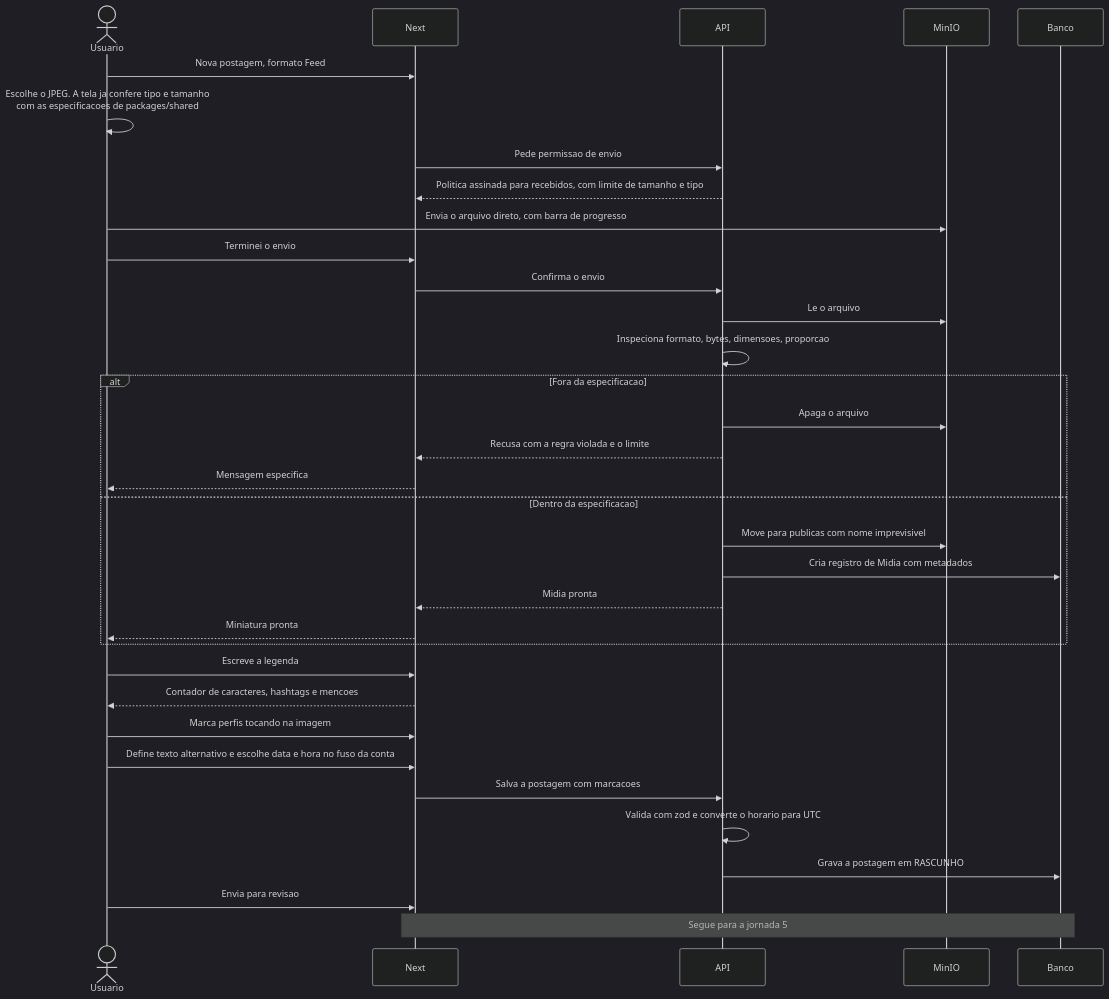
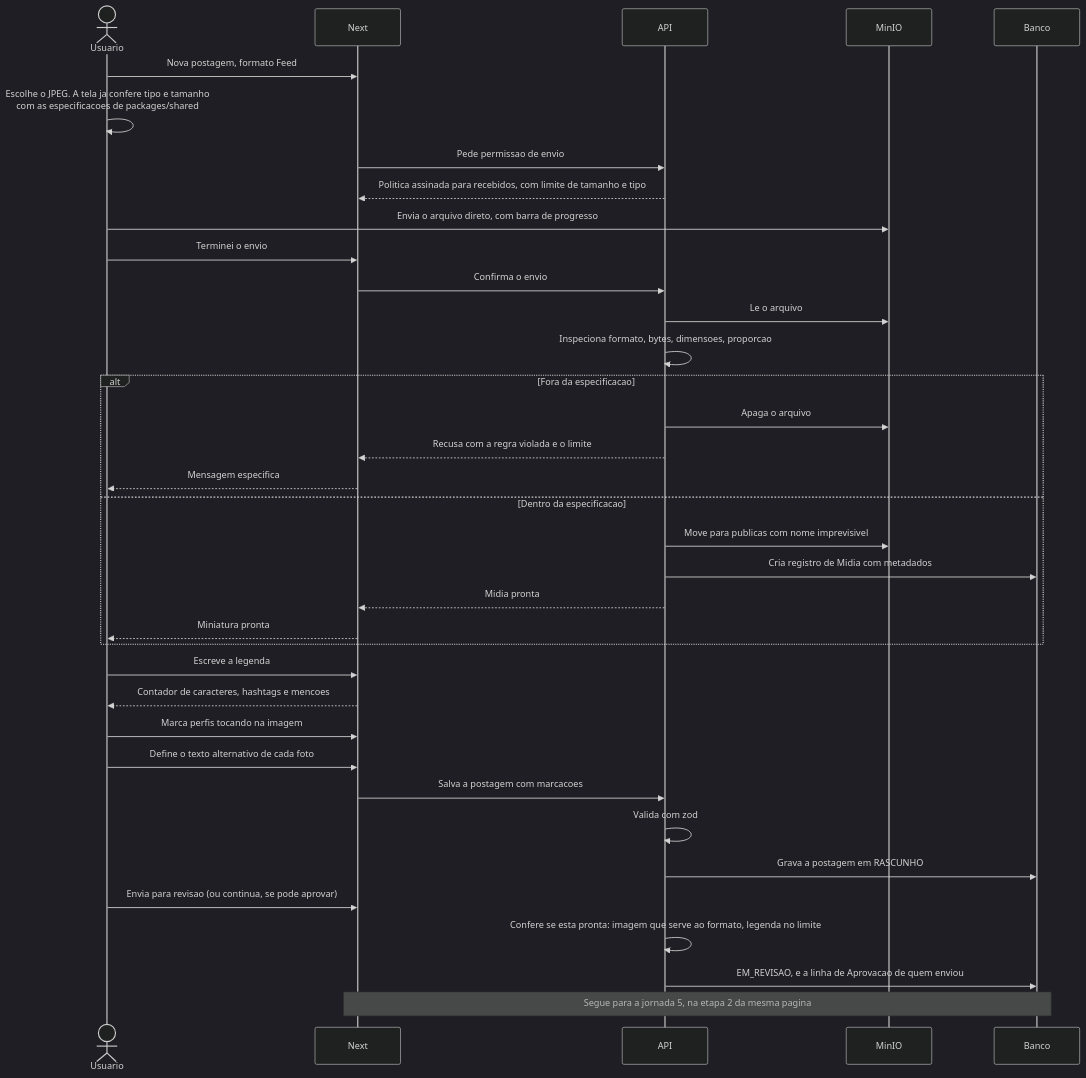
The third of 16 diagrams in docs/04-jornada-usuario.md (Nicolas-CustomCode/postit), drawn with Mermaid (dark theme) before and after one commit. The commit also changed other lines of this file and 15 other files, not shown here.

````diff
--- a/docs/04-jornada-usuario.md
+++ b/docs/04-jornada-usuario.md
@@ -116,37 +119,39 @@
 ```mermaid
 sequenceDiagram
     actor U as Usuario
     participant W as Next
     participant A as API
     participant S as MinIO
     participant DB as Banco
 
     U->>W: Nova postagem, formato Feed
     U->>U: Escolhe o JPEG. A tela ja confere tipo e tamanho<br/>com as especificacoes de packages/shared
     W->>A: Pede permissao de envio
     A-->>W: Politica assinada para recebidos, com limite de tamanho e tipo
     U->>S: Envia o arquivo direto, com barra de progresso
     U->>W: Terminei o envio
     W->>A: Confirma o envio
     A->>S: Le o arquivo
     A->>A: Inspeciona formato, bytes, dimensoes, proporcao
     alt Fora da especificacao
         A->>S: Apaga o arquivo
         A-->>W: Recusa com a regra violada e o limite
         W-->>U: Mensagem especifica
     else Dentro da especificacao
         A->>S: Move para publicas com nome imprevisivel
         A->>DB: Cria registro de Midia com metadados
         A-->>W: Midia pronta
         W-->>U: Miniatura pronta
     end
     U->>W: Escreve a legenda
     W-->>U: Contador de caracteres, hashtags e mencoes
     U->>W: Marca perfis tocando na imagem
-    U->>W: Define texto alternativo e escolhe data e hora no fuso da conta
+    U->>W: Define o texto alternativo de cada foto
     W->>A: Salva a postagem com marcacoes
-    A->>A: Valida com zod e converte o horario para UTC
+    A->>A: Valida com zod
     A->>DB: Grava a postagem em RASCUNHO
-    U->>W: Envia para revisao
-    Note over W,DB: Segue para a jornada 5
+    U->>W: Envia para revisao (ou continua, se pode aprovar)
+    A->>A: Confere se esta pronta: imagem que serve ao formato, legenda no limite
+    A->>DB: EM_REVISAO, e a linha de Aprovacao de quem enviou
+    Note over W,DB: Segue para a jornada 5, na etapa 2 da mesma pagina
 ```
````
